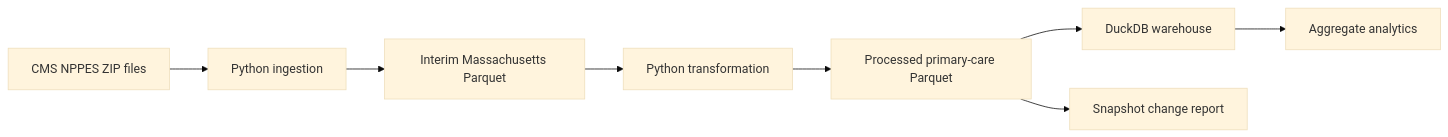
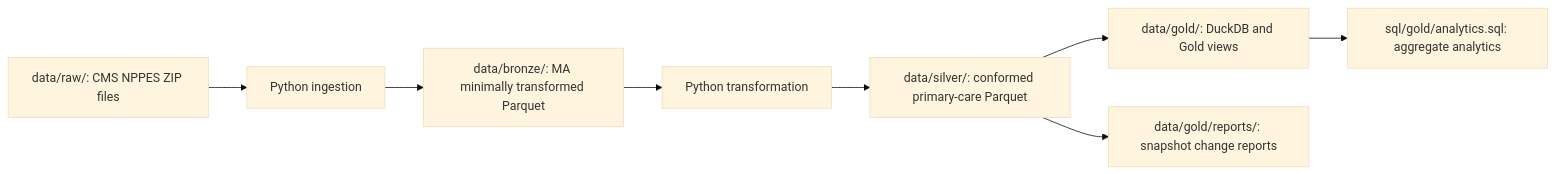
The diagram in README.md (dnylad/nppes-provider-directory-pipeline), drawn with Mermaid (base theme) before and after one commit. The commit also changed other lines of this file and 19 other files, not shown here.

Commit message:
refactor: rename data layers to Bronze Silver Gold

````diff
--- a/README.md
+++ b/README.md
@@ -13,10 +13,10 @@
 ```mermaid
 flowchart LR
-    A[CMS NPPES ZIP files] --> B[Python ingestion]
-    B --> C[Interim Massachusetts Parquet]
+    A[data/raw/: CMS NPPES ZIP files] --> B[Python ingestion]
+    B --> C[data/bronze/: MA minimally transformed Parquet]
     C --> D[Python transformation]
-    D --> E[Processed primary-care Parquet]
-    E --> F[DuckDB warehouse]
-    F --> G[Aggregate analytics]
-    E --> H[Snapshot change report]
+    D --> E[data/silver/: conformed primary-care Parquet]
+    E --> F[data/gold/: DuckDB and Gold views]
+    F --> G[sql/gold/analytics.sql: aggregate analytics]
+    E --> H[data/gold/reports/: snapshot change reports]
 ```
````
